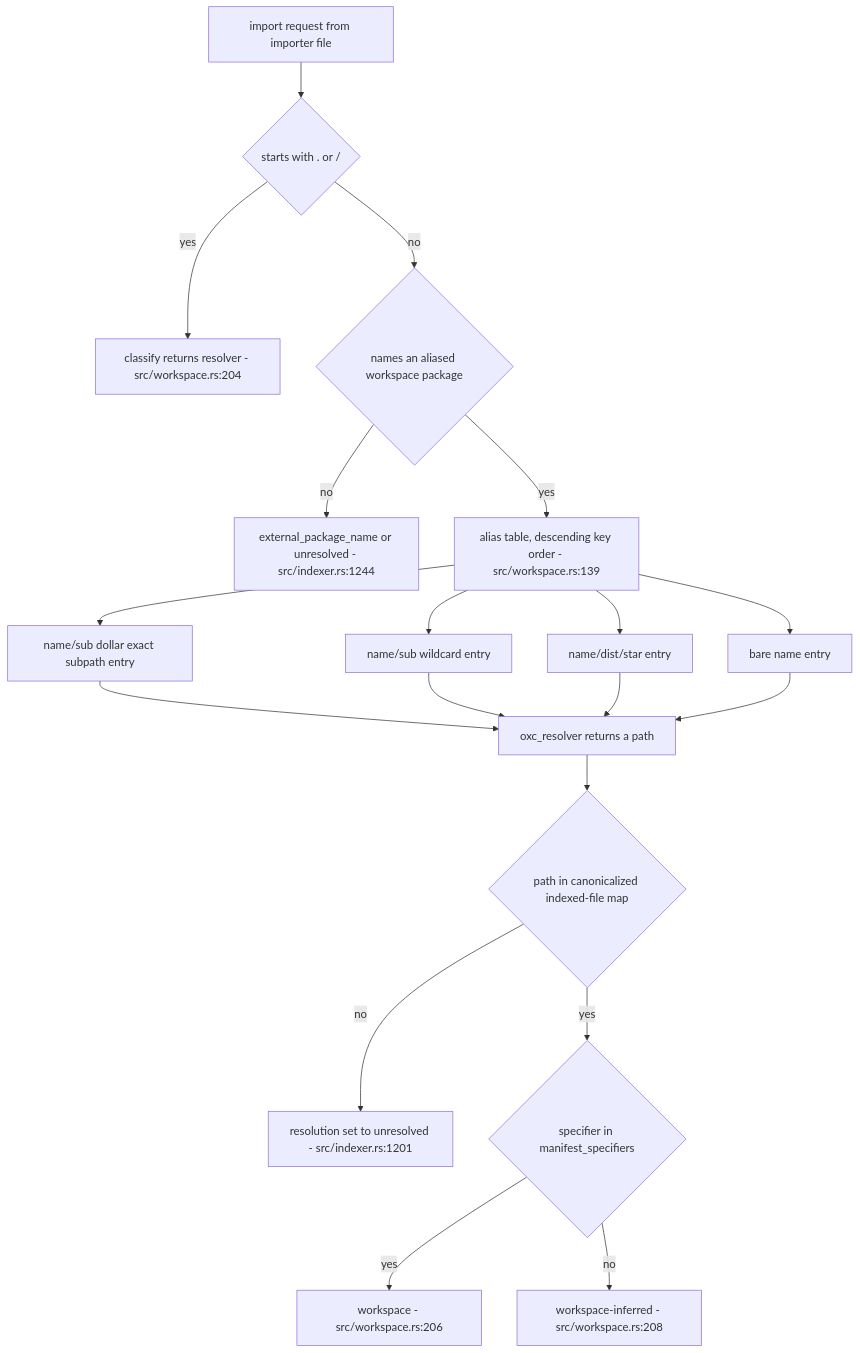
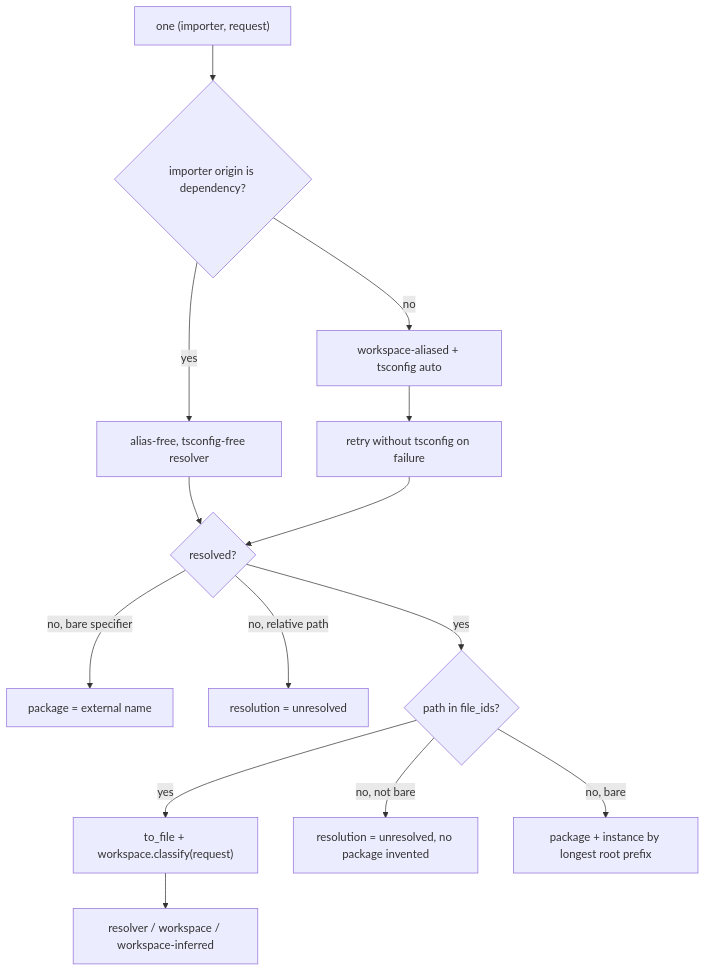
Before and after one commit to iantocristian/jscout: the second of 3 diagrams in docs/codebase-analysis/02-ingestion.md, drawn with Mermaid. The commit also changed other lines of this file and 33 other files, not shown here.

````diff
--- a/docs/codebase-analysis/02-ingestion.md
+++ b/docs/codebase-analysis/02-ingestion.md
@@ -109,21 +91,16 @@
 ```mermaid
 flowchart TD
-  REQ["import request from importer file"] --> RELA{"starts with . or /"}
-  RELA -->|"yes"| RESOLVER["classify returns resolver - src/workspace.rs:204"]
-  RELA -->|"no"| PKG{"names an aliased workspace package"}
-  PKG -->|"no"| EXT["external_package_name or unresolved - src/indexer.rs:1244"]
-  PKG -->|"yes"| ALIAS["alias table, descending key order - src/workspace.rs:139"]
-  ALIAS --> EXACT["name/sub dollar exact subpath entry"]
-  ALIAS --> WILD["name/sub wildcard entry"]
-  ALIAS --> DIST["name/dist/star entry"]
-  ALIAS --> BARE["bare name entry"]
-  EXACT --> RESOLVED["oxc_resolver returns a path"]
-  WILD --> RESOLVED
-  DIST --> RESOLVED
-  BARE --> RESOLVED
-  RESOLVED --> INDEXED{"path in canonicalized indexed-file map"}
-  INDEXED -->|"no"| UNRES["resolution set to unresolved - src/indexer.rs:1201"]
-  INDEXED -->|"yes"| CLASSIFY{"specifier in manifest_specifiers"}
-  CLASSIFY -->|"yes"| WS["workspace - src/workspace.rs:206"]
-  CLASSIFY -->|"no"| WSINF["workspace-inferred - src/workspace.rs:208"]
+  REQ["one (importer, request)"] --> DEP{"importer origin is dependency?"}
+  DEP -->|yes| ARES["alias-free, tsconfig-free resolver"]
+  DEP -->|no| WRES["workspace-aliased + tsconfig auto"]
+  WRES --> FB["retry without tsconfig on failure"]
+  ARES --> OK{"resolved?"}
+  FB --> OK
+  OK -->|no, bare specifier| PKG["package = external name"]
+  OK -->|no, relative path| UNR1["resolution = unresolved"]
+  OK -->|yes| IDX{"path in file_ids?"}
+  IDX -->|yes| CLS["to_file + workspace.classify(request)"]
+  IDX -->|no, not bare| UNR2["resolution = unresolved, no package invented"]
+  IDX -->|no, bare| PINST["package + instance by longest root prefix"]
+  CLS --> RES["resolver / workspace / workspace-inferred"]
 ```
````
